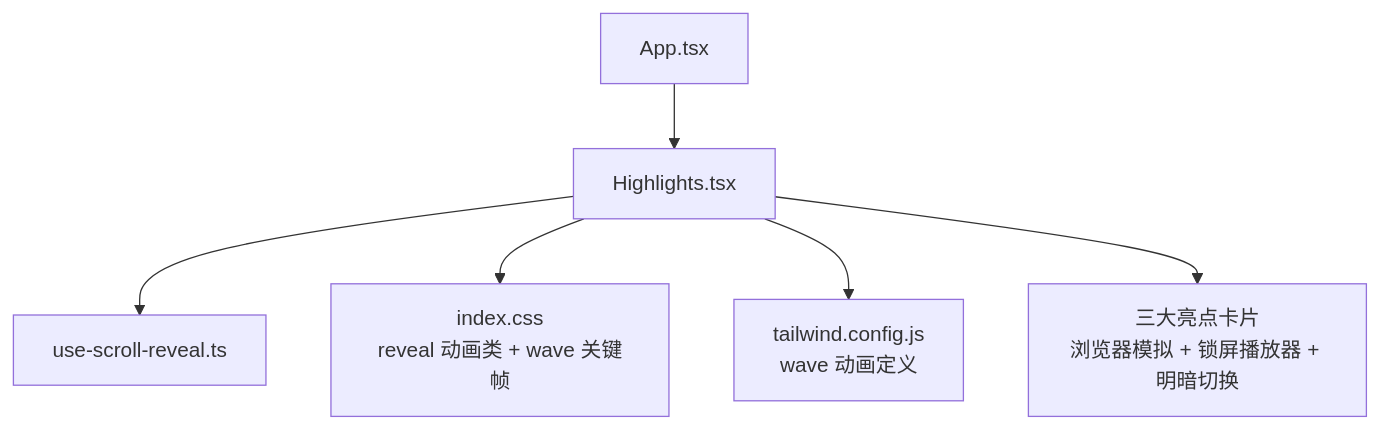
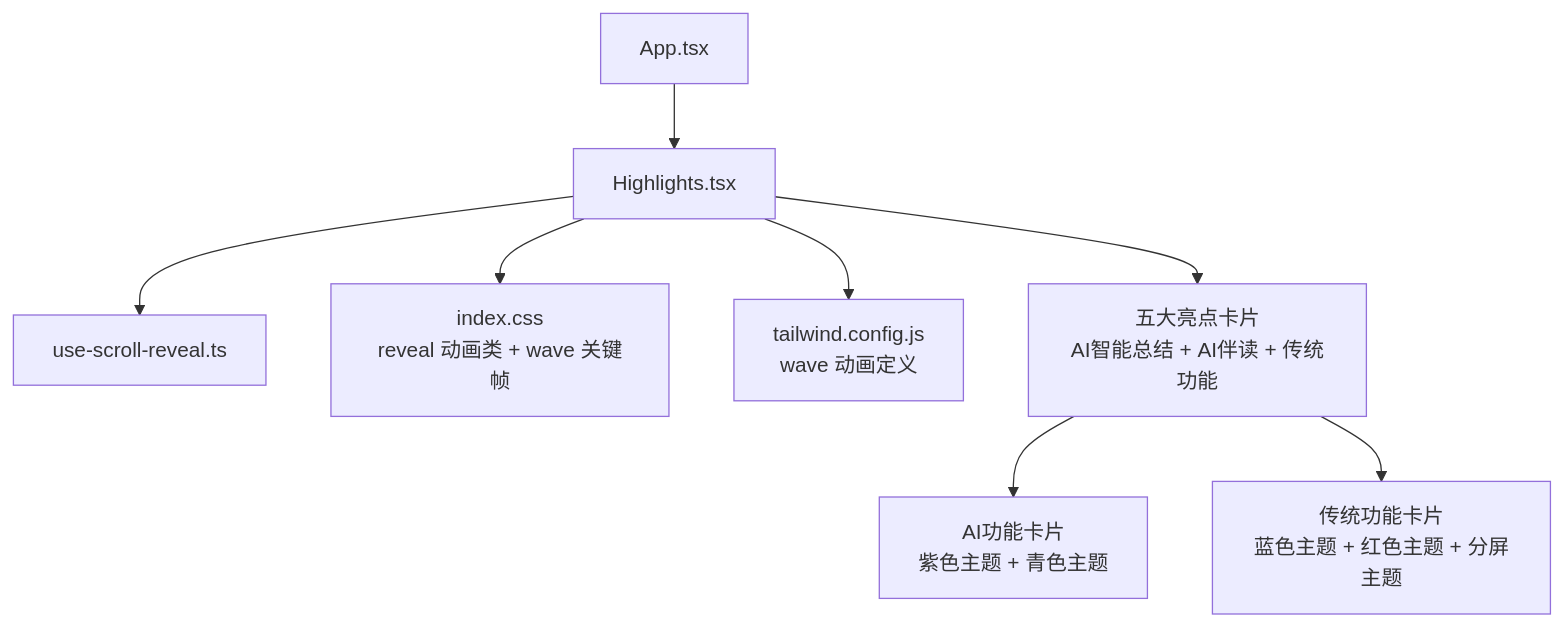
One commit to Primoguo/naolizhi.cn changed the first of 5 diagrams in .qoder/repowiki/zh/content/架构设计/组件架构/页面组件/Highlights组件.md. Above: the diagram before and after it, drawn with Mermaid. The commit also changed other lines of this file and 23 other files, not shown here.

````diff
--- a/.qoder/repowiki/zh/content/架构设计/组件架构/页面组件/Highlights组件.md
+++ b/.qoder/repowiki/zh/content/架构设计/组件架构/页面组件/Highlights组件.md
@@ -46,8 +46,10 @@
 ```mermaid
 graph TB
 A["App.tsx"] --> B["Highlights.tsx"]
 B --> C["use-scroll-reveal.ts"]
 B --> D["index.css<br/>reveal 动画类 + wave 关键帧"]
 B --> E["tailwind.config.js<br/>wave 动画定义"]
-B --> F["三大亮点卡片<br/>浏览器模拟 + 锁屏播放器 + 明暗切换"]
+B --> F["五大亮点卡片<br/>AI智能总结 + AI伴读 + 传统功能"]
+F --> G["AI功能卡片<br/>紫色主题 + 青色主题"]
+F --> H["传统功能卡片<br/>蓝色主题 + 红色主题 + 分屏主题"]
 ```
````
